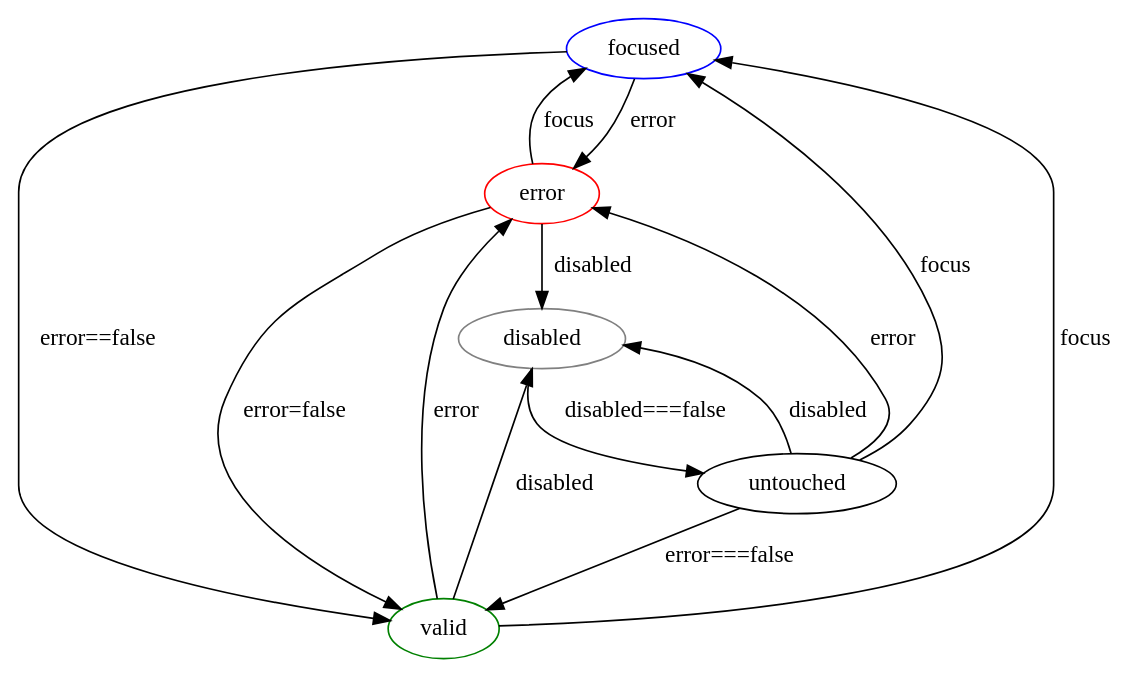
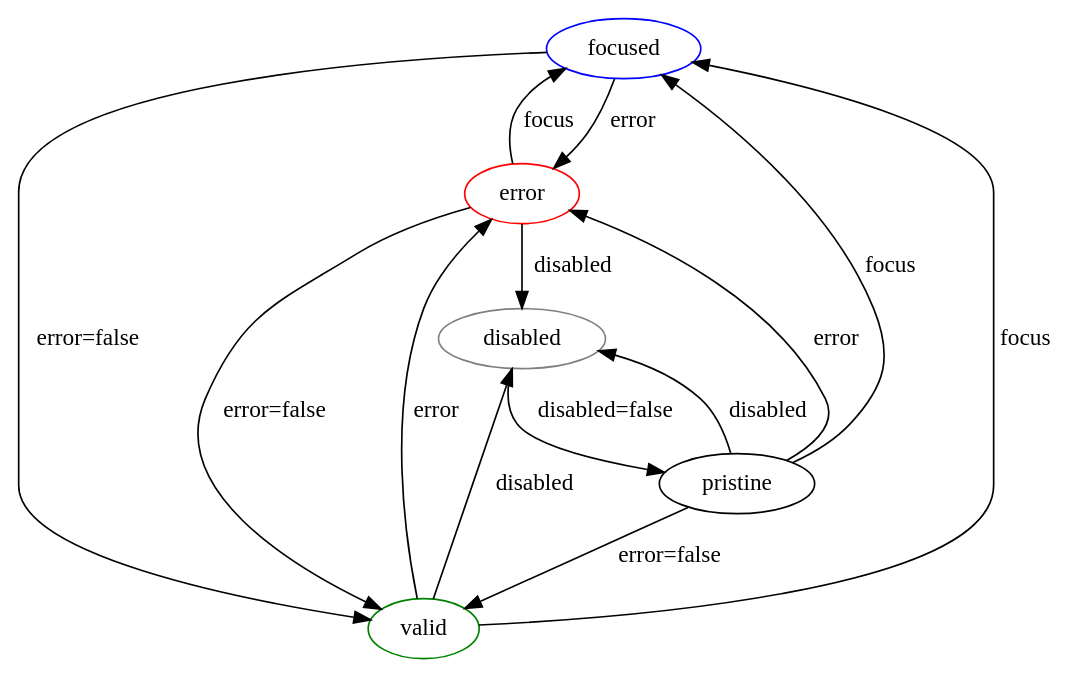
The diagram in states-graph/states-graph.dot (polesskiy-dev/input-field-states-representation), drawn with Graphviz before and after one commit. The commit also changed 9 other files, not shown here.

```diff
--- a/states-graph/states-graph.dot
+++ b/states-graph/states-graph.dot
@@ -1,20 +1,20 @@
 digraph G {
     "focused" [color=blue]
     "error" [color=red]
     "valid" [color=green]
-    "untouched"
+    "pristine"
     "disabled" [color=grey]
-    "untouched" -> "focused" [label="focus"]
-    "untouched" -> "valid" [label="error===false"];
-    "untouched" -> "error" [label="error"];
-    "untouched" -> "disabled" [label="disabled"];
+    "pristine" -> "focused" [label="focus"]
+    "pristine" -> "valid" [label="error=false"];
+    "pristine" -> "error" [label="error"];
+    "pristine" -> "disabled" [label="disabled"];
     "focused" -> "error" [label="error"];
-    "focused" -> "valid" [label="error==false"];
+    "focused" -> "valid" [label="error=false"];
     "error" -> "focused" [label="focus"]
     "error" -> "valid" [label="error=false"]
     "error" -> "disabled" [label="disabled"];
     "valid" -> "disabled" [label="disabled"];
     "valid" -> "error" [label="error"]
     "valid" -> "focused" [label="focus"]
-    "disabled" -> "untouched" [label="disabled===false"]
+    "disabled" -> "pristine" [label="disabled=false"]
 }
```
